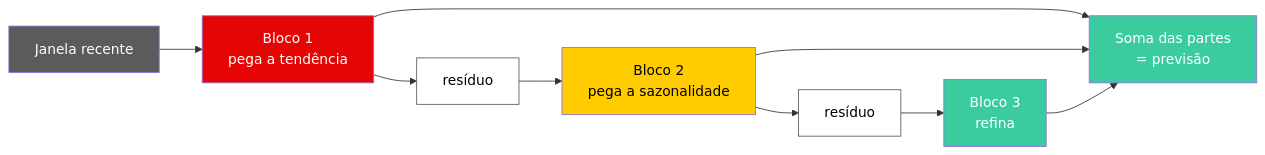
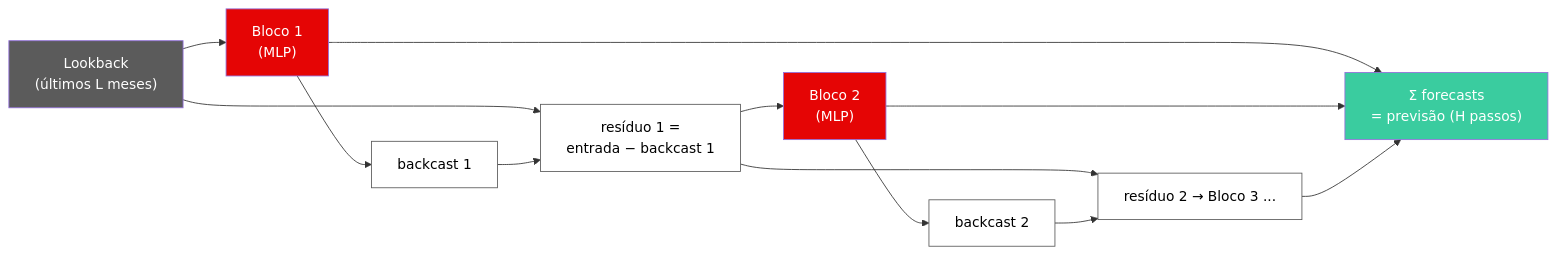
Before and after one commit to padsInsper/202632-fa: the fifth of 6 diagrams in labs/lab02-pipeline.qmd, drawn with Mermaid. The commit also changed other lines of this file and 3 other files, not shown here.

````diff
--- a/labs/lab02-pipeline.qmd
+++ b/labs/lab02-pipeline.qmd
@@ -858,18 +858,22 @@
 ```{mermaid}
 flowchart LR
-    I["Janela recente"] --> B1["Bloco 1<br/>pega a tendência"]
-    B1 --> R1["resíduo"]
-    R1 --> B2["Bloco 2<br/>pega a sazonalidade"]
-    B2 --> R2["resíduo"]
-    R2 --> B3["Bloco 3<br/>refina"]
-    B1 --> S["Soma das partes<br/>= previsão"]
+    I["Lookback<br/>(últimos L meses)"] --> B1["Bloco 1<br/>(MLP)"]
+    B1 --> BC1["backcast 1"]
+    I --> R1["resíduo 1 =<br/>entrada − backcast 1"]
+    BC1 --> R1
+    R1 --> B2["Bloco 2<br/>(MLP)"]
+    B2 --> BC2["backcast 2"]
+    R1 --> R2["resíduo 2 → Bloco 3 ..."]
+    BC2 --> R2
+    B1 --> S["Σ forecasts<br/>= previsão (H passos)"]
     B2 --> S
-    B3 --> S
+    R2 --> S
     style I fill:#5B5B5B,color:#fff
     style B1 fill:#E50505,color:#fff
-    style B2 fill:#FFCC00,color:#000
-    style B3 fill:#3ACC9F,color:#fff
+    style B2 fill:#E50505,color:#fff
     style S fill:#3ACC9F,color:#fff
+    style BC1 fill:#ffffff,color:#000,stroke:#5B5B5B
+    style BC2 fill:#ffffff,color:#000,stroke:#5B5B5B
     style R1 fill:#ffffff,color:#000,stroke:#5B5B5B
     style R2 fill:#ffffff,color:#000,stroke:#5B5B5B
 ```
````
